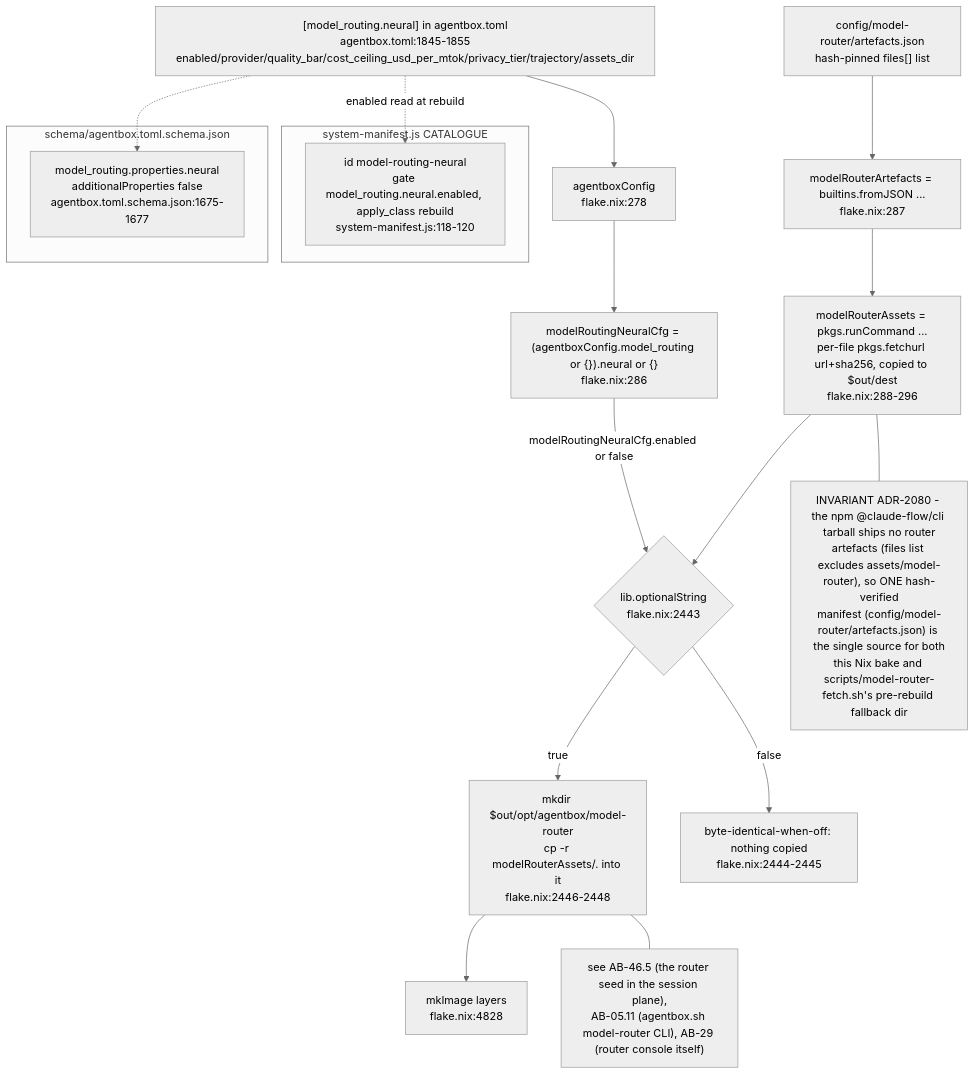
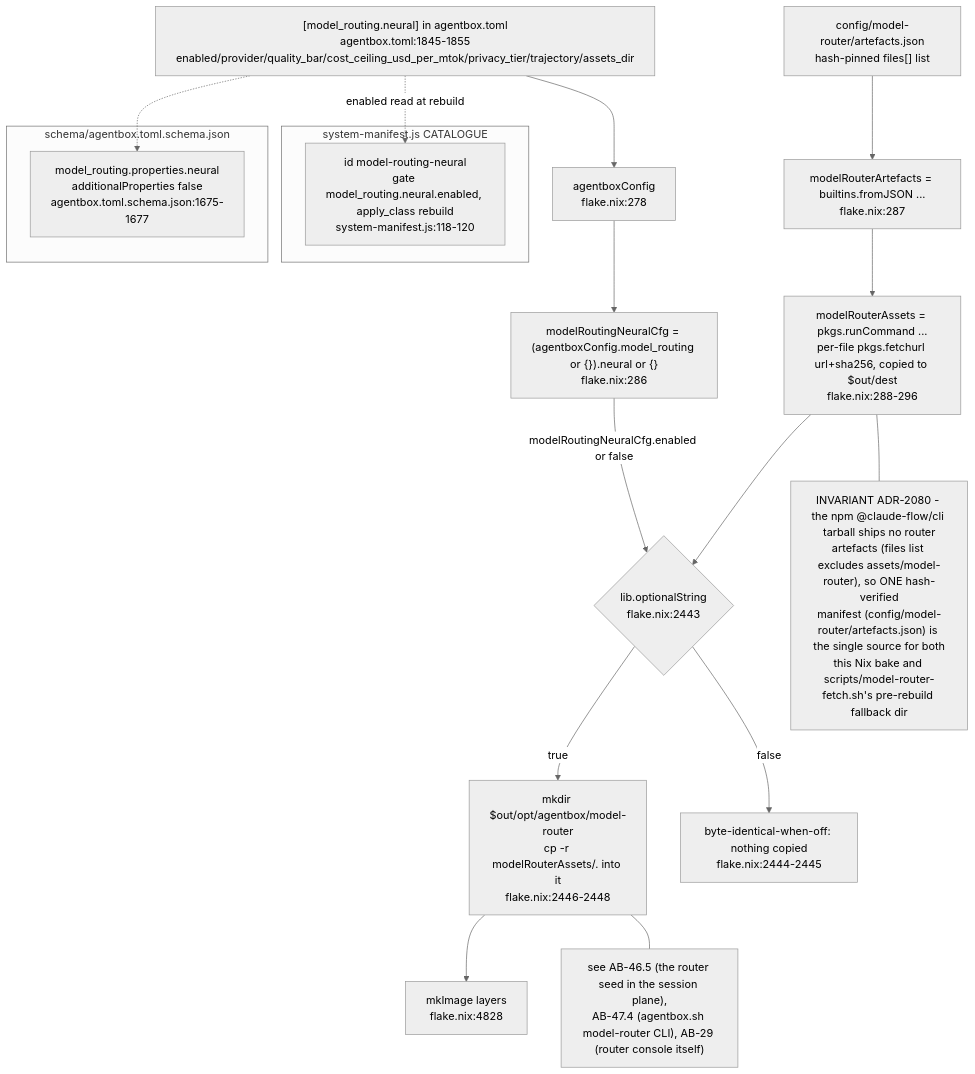
Before and after one commit to DreamLab-AI/VisionFlow: the tenth of 10 diagrams in docs/diagrams/agentbox/01-nix-flake-composition.md, drawn with Mermaid (neutral theme). The commit also changed 4 other files, not shown here.

First line of the commit message:
docs(diagrams): split AB-05, freeze AB-05.5 with successor AB-47.1

````diff
--- a/docs/diagrams/agentbox/01-nix-flake-composition.md
+++ b/docs/diagrams/agentbox/01-nix-flake-composition.md
@@ -481,29 +481,29 @@
 ```mermaid
 flowchart TB
     TOML2["[model_routing.neural] in agentbox.toml<br/>agentbox.toml:1845-1855<br/>enabled/provider/quality_bar/cost_ceiling_usd_per_mtok/privacy_tier/trajectory/assets_dir"] --> CFG2["agentboxConfig<br/>flake.nix:278"]
     CFG2 --> MRNCFG["modelRoutingNeuralCfg = (agentboxConfig.model_routing or {}).neural or {}<br/>flake.nix:286"]
     ARTJSON["config/model-router/artefacts.json<br/>hash-pinned files[] list"] --> MRNFETCH["modelRouterArtefacts = builtins.fromJSON ...<br/>flake.nix:287"]
     MRNFETCH --> MRNASSETS["modelRouterAssets = pkgs.runCommand ...<br/>per-file pkgs.fetchurl url+sha256, copied to $out/dest<br/>flake.nix:288-296"]
 
     MRNCFG -->|"modelRoutingNeuralCfg.enabled or false"| GATE{"lib.optionalString<br/>flake.nix:2443"}
     MRNASSETS --> GATE
     GATE -->|true| BAKE["mkdir $out/opt/agentbox/model-router<br/>cp -r modelRouterAssets/. into it<br/>flake.nix:2446-2448"]
     GATE -->|false| SKIP["byte-identical-when-off: nothing copied<br/>flake.nix:2444-2445"]
     BAKE --> ALLPKG2["mkImage layers<br/>flake.nix:4828"]
 
     subgraph MANIFEST2["system-manifest.js CATALOGUE"]
         MRNENTRY["id model-routing-neural<br/>gate model_routing.neural.enabled, apply_class rebuild<br/>system-manifest.js:118-120"]
     end
     TOML2 -.->|"enabled read at rebuild"| MRNENTRY
 
     subgraph SCHEMA2["schema/agentbox.toml.schema.json"]
         NEURALSCHEMA["model_routing.properties.neural<br/>additionalProperties false<br/>agentbox.toml.schema.json:1675-1677"]
     end
     TOML2 -.-> NEURALSCHEMA
 
     NOTE1["INVARIANT ADR-2080 - the npm @claude-flow/cli tarball ships no router<br/>artefacts (files list excludes assets/model-router), so ONE hash-verified<br/>manifest (config/model-router/artefacts.json) is the single source for both<br/>this Nix bake and scripts/model-router-fetch.sh's pre-rebuild fallback dir"]
     MRNASSETS --- NOTE1
 
-    NOTE2["see AB-46.5 (the router seed in the session plane),<br/>AB-05.11 (agentbox.sh model-router CLI), AB-29 (router console itself)"]
+    NOTE2["see AB-46.5 (the router seed in the session plane),<br/>AB-47.4 (agentbox.sh model-router CLI), AB-29 (router console itself)"]
     BAKE --- NOTE2
 ```
````
